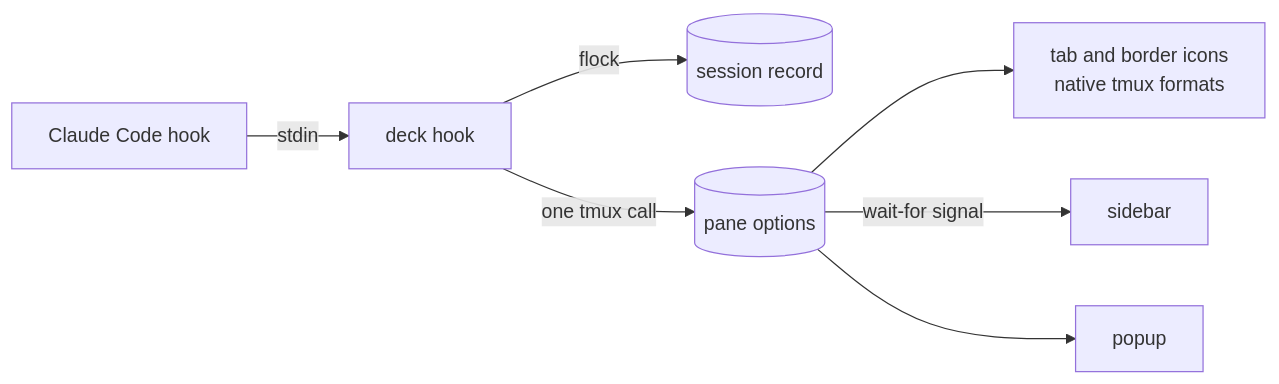
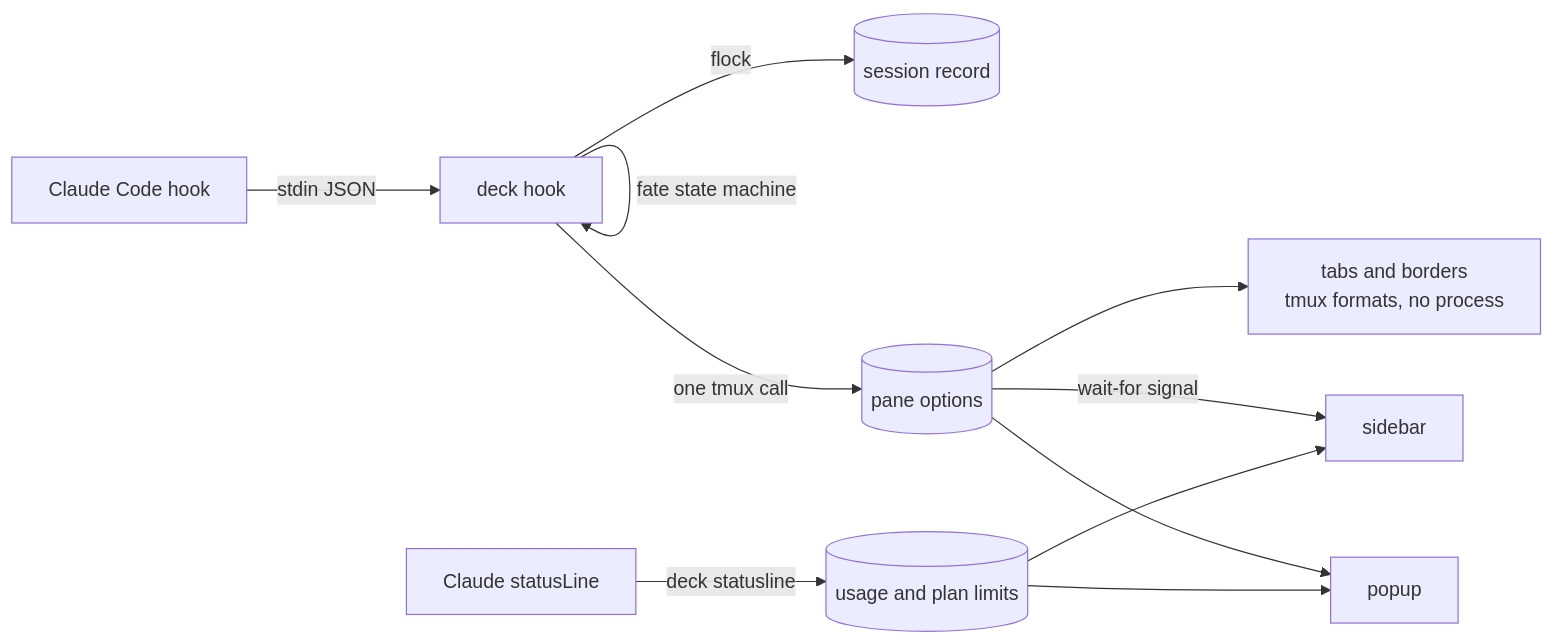
The first of 4 diagrams in README.md (arisros/tmux-agent-deck), drawn with Mermaid before and after one commit. The commit also changed other lines of this file and 4 other files, not shown here.

````diff
--- a/README.md
+++ b/README.md
@@ -18,9 +78,13 @@
 ```mermaid
 flowchart LR
-  CC[Claude Code hook] -->|stdin| H[deck hook]
+  CC[Claude Code hook] -->|stdin JSON| H[deck hook]
   H -->|flock| S[(session record)]
+  H -->|fate state machine| H
   H -->|one tmux call| T[(pane options)]
-  T --> F[tab and border icons<br/>native tmux formats]
+  T --> F[tabs and borders<br/>tmux formats, no process]
   T -->|wait-for signal| SB[sidebar]
   T --> P[popup]
+  SL[Claude statusLine] -->|deck statusline| U[(usage and plan limits)]
+  U --> P
+  U --> SB
 ```
````
